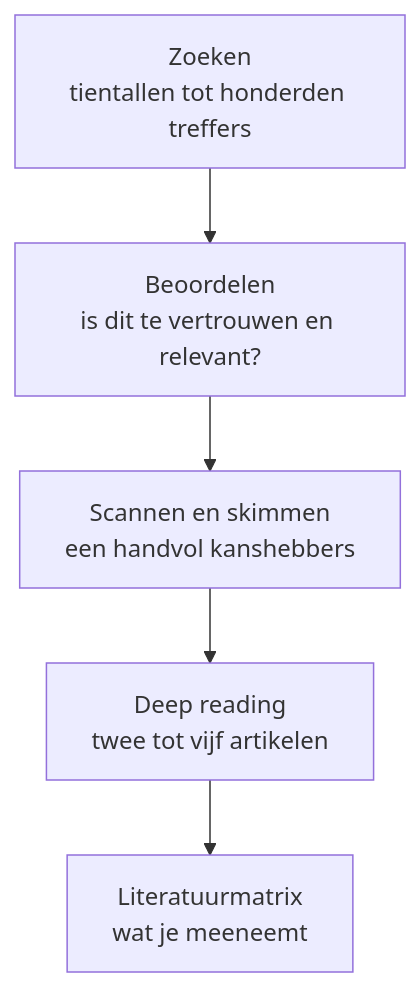
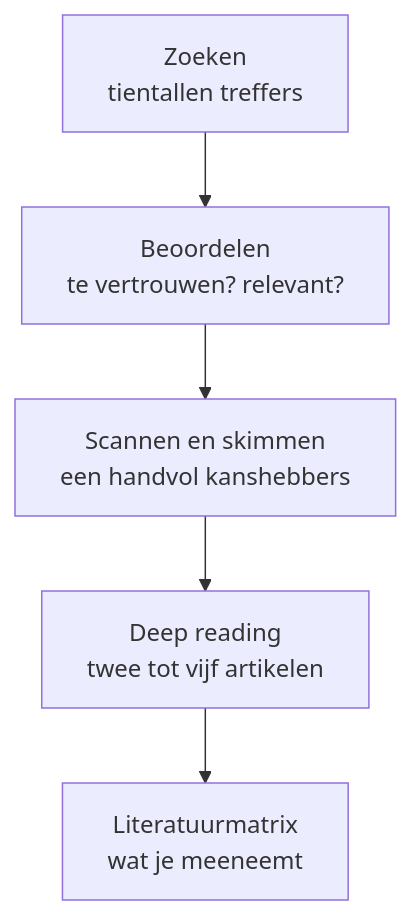
The diagram in sites/wo/onderzoek/docs/literatuurstudie/van-zoeken-tot-lezen.mdx (Coderius-Education/docs), drawn with Mermaid before and after one commit. The commit also changed 1 other file, not shown here.

Commit message:
Mermaid: labels niet meer afgekapt
De vakjes in de stroomschema's sneden tekst af op machines waar het
lettertype waarmee Mermaid meet (Trebuchet) afwijkt van wat de browser
toont. Mermaid krijgt nu dezelfde systeemletter als de site, plus 24px
extra ruimte per vakje en een omloopbreedte van 300px, zodat lange labels
op twee regels gaan in plaats van buiten het vak te lopen. De labels in
het trechterschema zijn bovendien korter.

Gemeten: elk vakje heeft 96px speling ten opzichte van de langste
tekstregel, geen label langer dan twee regels, geen horizontale scroll op
390px.

Claude-Session: https://claude.ai/code/session_013iEytJw3GnCPqTxB2iSiEn

````diff
--- a/sites/wo/onderzoek/docs/literatuurstudie/van-zoeken-tot-lezen.mdx
+++ b/sites/wo/onderzoek/docs/literatuurstudie/van-zoeken-tot-lezen.mdx
@@ -11,9 +11,9 @@
 ```mermaid
 flowchart TD
-    Z["Zoeken<br/>tientallen tot honderden treffers"]
-    B["Beoordelen<br/>is dit te vertrouwen en relevant?"]
+    Z["Zoeken<br/>tientallen treffers"]
+    B["Beoordelen<br/>te vertrouwen? relevant?"]
     S["Scannen en skimmen<br/>een handvol kanshebbers"]
     D["Deep reading<br/>twee tot vijf artikelen"]
     M["Literatuurmatrix<br/>wat je meeneemt"]
     Z --> B --> S --> D --> M
 ```
````
